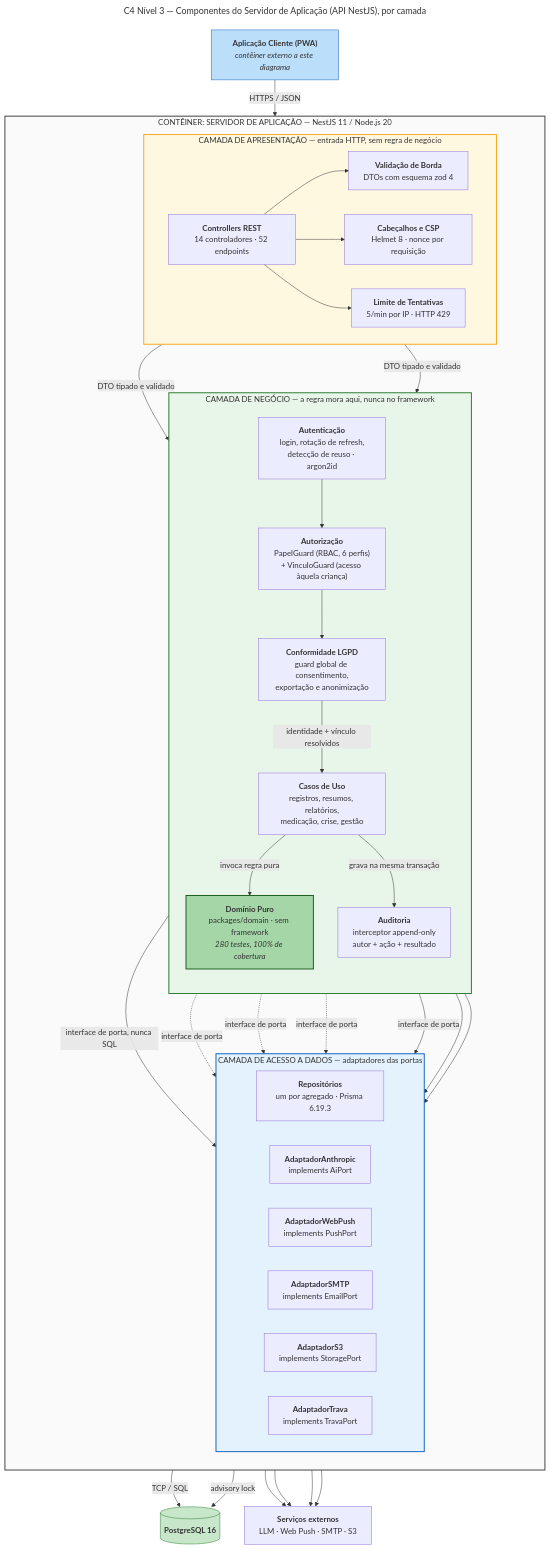
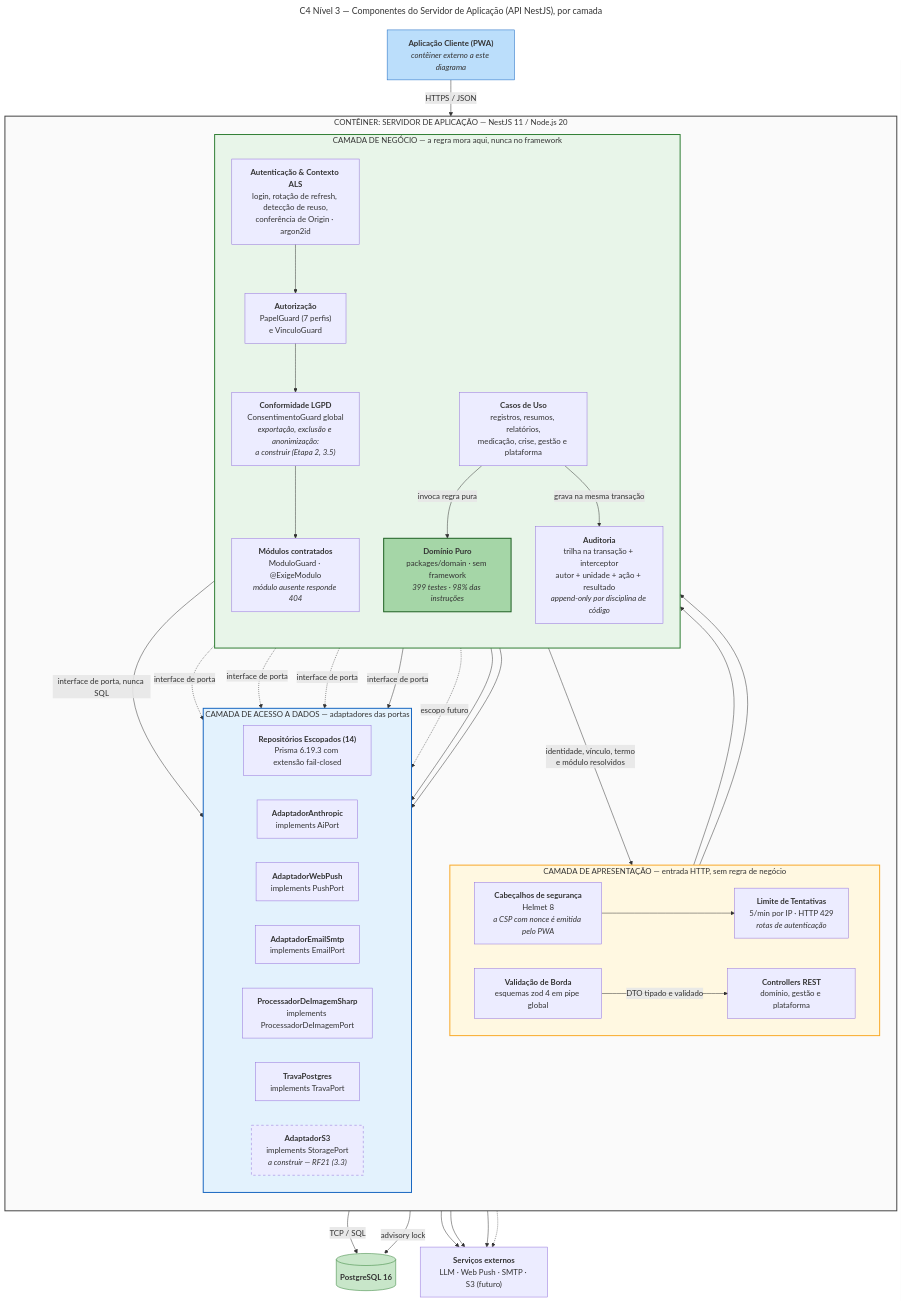
The third of 3 diagrams in README.md (ccandido77/Requisitos-e-Arquitetura-de-um-Sistema), drawn with Mermaid before and after one commit. The commit also changed other lines of this file, not shown here.

````diff
--- a/README.md
+++ b/README.md
@@ -347,75 +397,79 @@
 ```mermaid
 ---
 title: "C4 Nível 3 — Componentes do Servidor de Aplicação (API NestJS), por camada"
 ---
 flowchart TB
     pwa["<b>Aplicação Cliente (PWA)</b><br/><i>contêiner externo a este diagrama</i>"]
 
     subgraph apiBox["CONTÊINER: SERVIDOR DE APLICAÇÃO — NestJS 11 / Node.js 20"]
         direction TB
 
         subgraph cApres["CAMADA DE APRESENTAÇÃO — entrada HTTP, sem regra de negócio"]
             direction LR
-            ctrl["<b>Controllers REST</b><br/>14 controladores · 52 endpoints"]
-            dto["<b>Validação de Borda</b><br/>DTOs com esquema zod 4"]
-            csp["<b>Cabeçalhos e CSP</b><br/>Helmet 8 · nonce por requisição"]
-            rate["<b>Limite de Tentativas</b><br/>5/min por IP · HTTP 429"]
+            csp["<b>Cabeçalhos de segurança</b><br/>Helmet 8<br/><i>a CSP com nonce é emitida pelo PWA</i>"]
+            rate["<b>Limite de Tentativas</b><br/>5/min por IP · HTTP 429<br/><i>rotas de autenticação</i>"]
+            dto["<b>Validação de Borda</b><br/>esquemas zod 4 em pipe global"]
+            ctrl["<b>Controllers REST</b><br/>domínio, gestão e plataforma"]
         end
 
         subgraph cNeg["CAMADA DE NEGÓCIO — a regra mora aqui, nunca no framework"]
             direction TB
-            autent["<b>Autenticação</b><br/>login, rotação de refresh,<br/>detecção de reuso · argon2id"]
-            autoriz["<b>Autorização</b><br/>PapelGuard (RBAC, 6 perfis)<br/>+ VinculoGuard (acesso àquela criança)"]
-            conform["<b>Conformidade LGPD</b><br/>guard global de consentimento,<br/>exportação e anonimização"]
-            casos["<b>Casos de Uso</b><br/>registros, resumos, relatórios,<br/>medicação, crise, gestão"]
-            dominio["<b>Domínio Puro</b><br/>packages/domain · sem framework<br/><i>280 testes, 100% de cobertura</i>"]
-            audit["<b>Auditoria</b><br/>interceptor append-only<br/>autor + ação + resultado"]
+            autent["<b>Autenticação & Contexto ALS</b><br/>login, rotação de refresh, detecção de reuso,<br/>conferência de Origin · argon2id"]
+            autoriz["<b>Autorização</b><br/>PapelGuard (7 perfis)<br/>e VinculoGuard"]
+            conform["<b>Conformidade LGPD</b><br/>ConsentimentoGuard global<br/><i>exportação, exclusão e anonimização:<br/>a construir (Etapa 2, 3.5)</i>"]
+            modulo["<b>Módulos contratados</b><br/>ModuloGuard · @ExigeModulo<br/><i>módulo ausente responde 404</i>"]
+            casos["<b>Casos de Uso</b><br/>registros, resumos, relatórios,<br/>medicação, crise, gestão e plataforma"]
+            dominio["<b>Domínio Puro</b><br/>packages/domain · sem framework<br/><i>399 testes · 98% das instruções</i>"]
+            audit["<b>Auditoria</b><br/>trilha na transação + interceptor<br/>autor + unidade + ação + resultado<br/><i>append-only por disciplina de código</i>"]
         end
 
         subgraph cDados["CAMADA DE ACESSO A DADOS — adaptadores das portas"]
             direction LR
-            repos["<b>Repositórios</b><br/>um por agregado · Prisma 6.19.3"]
+            repos["<b>Repositórios Escopados (14)</b><br/>Prisma 6.19.3 com extensão fail-closed"]
             adapIa["<b>AdaptadorAnthropic</b><br/>implements AiPort"]
             adapPush["<b>AdaptadorWebPush</b><br/>implements PushPort"]
-            adapMail["<b>AdaptadorSMTP</b><br/>implements EmailPort"]
-            adapS3["<b>AdaptadorS3</b><br/>implements StoragePort"]
-            adapTrava["<b>AdaptadorTrava</b><br/>implements TravaPort"]
+            adapMail["<b>AdaptadorEmailSmtp</b><br/>implements EmailPort"]
+            adapImg["<b>ProcessadorDeImagemSharp</b><br/>implements ProcessadorDeImagemPort"]
+            adapTrava["<b>TravaPostgres</b><br/>implements TravaPort"]
+            adapS3["<b>AdaptadorS3</b><br/>implements StoragePort<br/><i>a construir — RF21 (3.3)</i>"]
         end
     end
 
     bd[("<b>PostgreSQL 16</b>")]
-    ext["<b>Serviços externos</b><br/>LLM · Web Push · SMTP · S3"]
+    ext["<b>Serviços externos</b><br/>LLM · Web Push · SMTP · S3 (futuro)"]
 
-    pwa -->|"HTTPS / JSON"| ctrl
-    ctrl --> dto
-    ctrl --> csp
-    ctrl --> rate
-    dto -->|"DTO tipado e validado"| autent
-    dto -->|"DTO tipado e validado"| autoriz
+    pwa -->|"HTTPS / JSON"| csp
+    csp --> rate
+    rate --> autent
     autent --> autoriz
     autoriz --> conform
-    conform -->|"identidade + vínculo resolvidos"| casos
+    conform --> modulo
+    modulo -->|"identidade, vínculo, termo<br/>e módulo resolvidos"| dto
+    dto -->|"DTO tipado e validado"| ctrl
+    ctrl --> casos
     casos -->|"invoca regra pura"| dominio
     casos -->|"grava na mesma transação"| audit
     casos -->|"interface de porta, nunca SQL"| repos
     casos -.->|"interface de porta"| adapIa
     casos -.->|"interface de porta"| adapPush
     casos -.->|"interface de porta"| adapMail
-    casos -->|"interface de porta"| adapS3
+    casos -->|"interface de porta"| adapImg
+    casos -.->|"escopo futuro"| adapS3
     casos --> adapTrava
     audit --> repos
     repos -->|"TCP / SQL"| bd
     adapTrava -->|"advisory lock"| bd
     adapIa --> ext
     adapPush --> ext
     adapMail --> ext
-    adapS3 --> ext
+    adapS3 -.-> ext
 
     style cApres fill:#fff8e1,stroke:#f9a825,stroke-width:2px
     style cNeg fill:#e8f5e9,stroke:#2e7d32,stroke-width:2px
     style cDados fill:#e3f2fd,stroke:#1565c0,stroke-width:2px
     style dominio fill:#a5d6a7,stroke:#1b5e20,stroke-width:2px
     style apiBox fill:#fafafa,stroke:#424242,stroke-width:2px
     style pwa fill:#bbdefb,stroke:#1565c0
     style bd fill:#c8e6c9,stroke:#2e7d32
+    style adapS3 stroke-dasharray: 5 5
 ```
````
